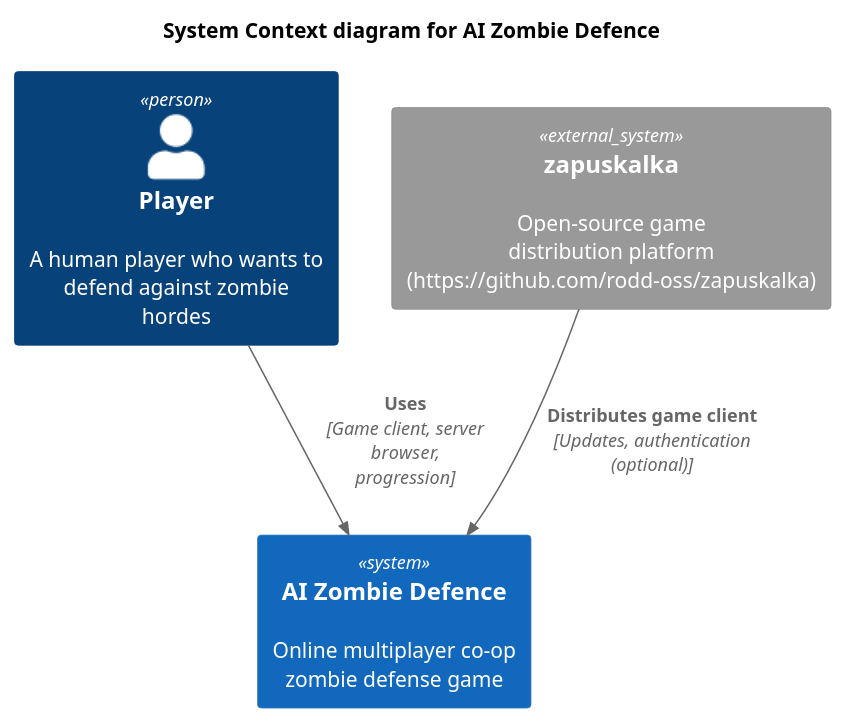
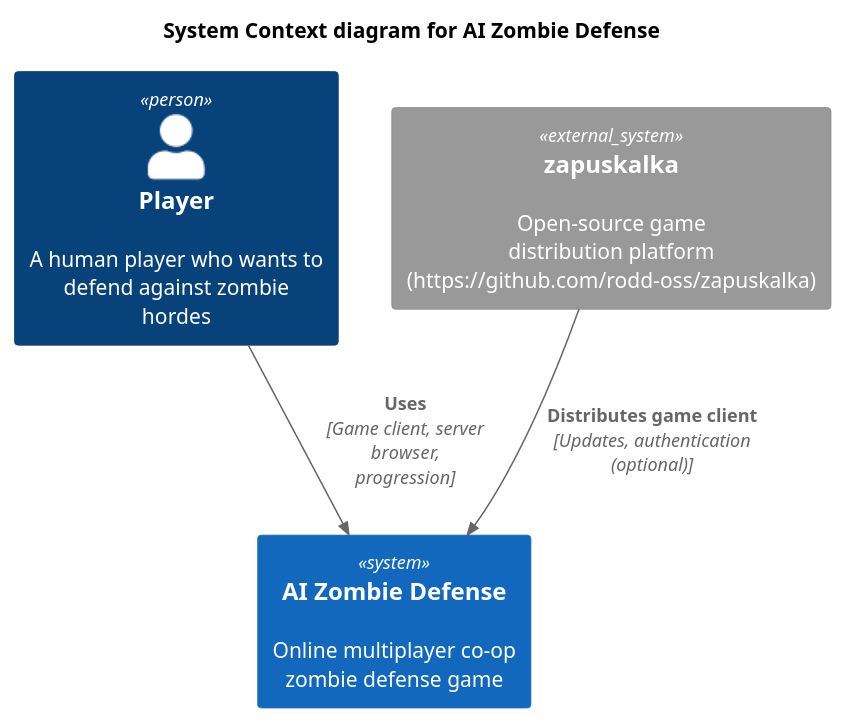
Before and after one commit to rodd-oss/ai-zombie-defense: the diagram in docs/c4/context.puml, drawn with PlantUML. The commit also changed 7 other files, not shown here.

First line of the commit message:
Update C4 diagrams and PRD documentation

```diff
--- a/docs/c4/context.puml
+++ b/docs/c4/context.puml
@@ -1,17 +1,17 @@
 @startuml
 !include https://raw.githubusercontent.com/plantuml-stdlib/C4-PlantUML/master/C4_Context.puml
 
-title System Context diagram for AI Zombie Defence
+title System Context diagram for AI Zombie Defense
 
 Person(player, "Player", "A human player who wants to defend against zombie hordes")
-System(ai_zombie_defence, "AI Zombie Defence", "Online multiplayer co-op zombie defense game")
+System(ai_zombie_defence, "AI Zombie Defense", "Online multiplayer co-op zombie defense game")
 System_Ext(zapuskalka, "zapuskalka", "Open-source game distribution platform (https://github.com/rodd-oss/zapuskalka)")
 
 Rel(player, ai_zombie_defence, "Uses", "Game client, server browser, progression")
 Rel(zapuskalka, ai_zombie_defence, "Distributes game client", "Updates, authentication (optional)")
 
 ' Diagram references
 ' See container diagram: docs/c4/container.puml
 ' See component diagrams: docs/c4/containers/*.puml
 
 @enduml
```
